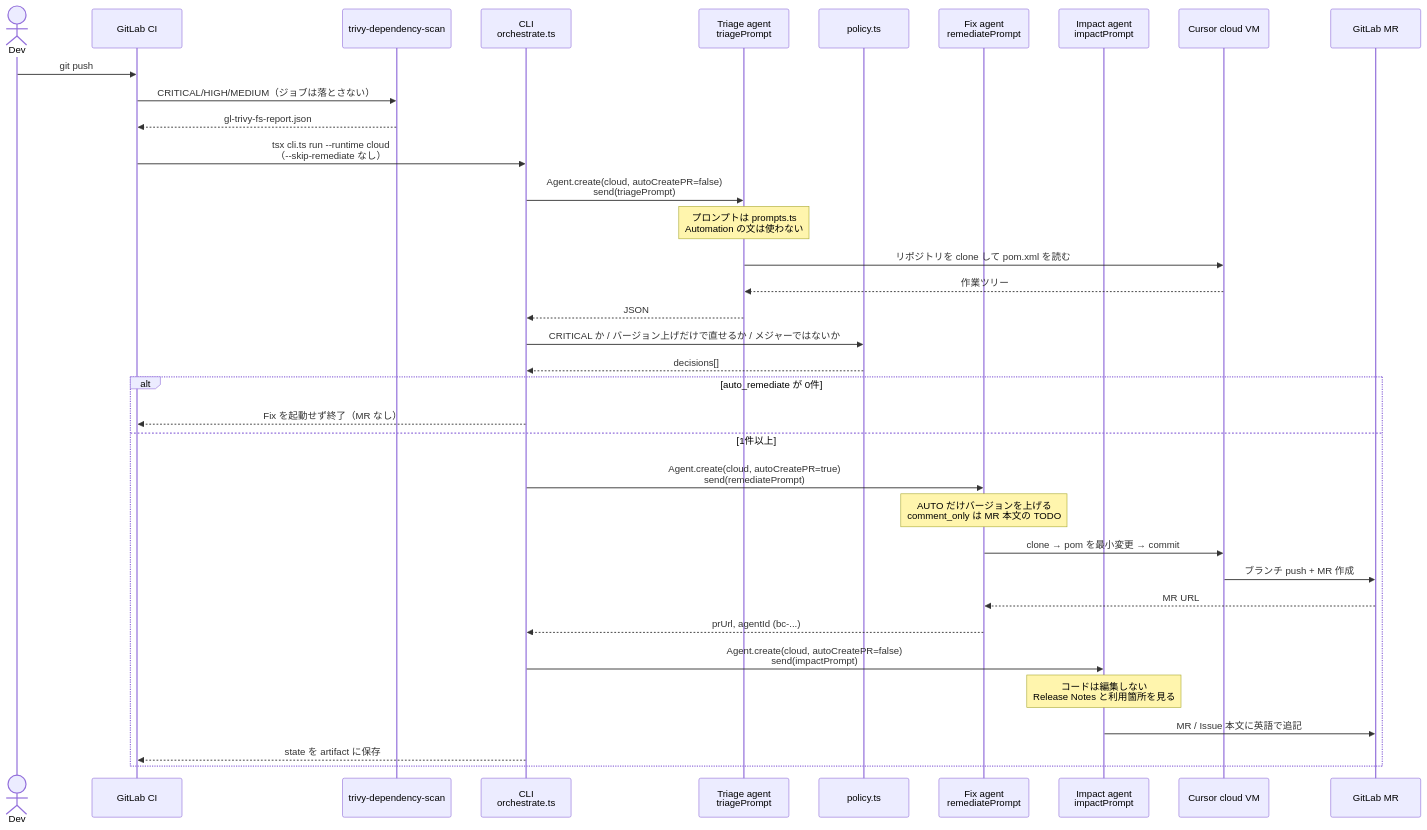
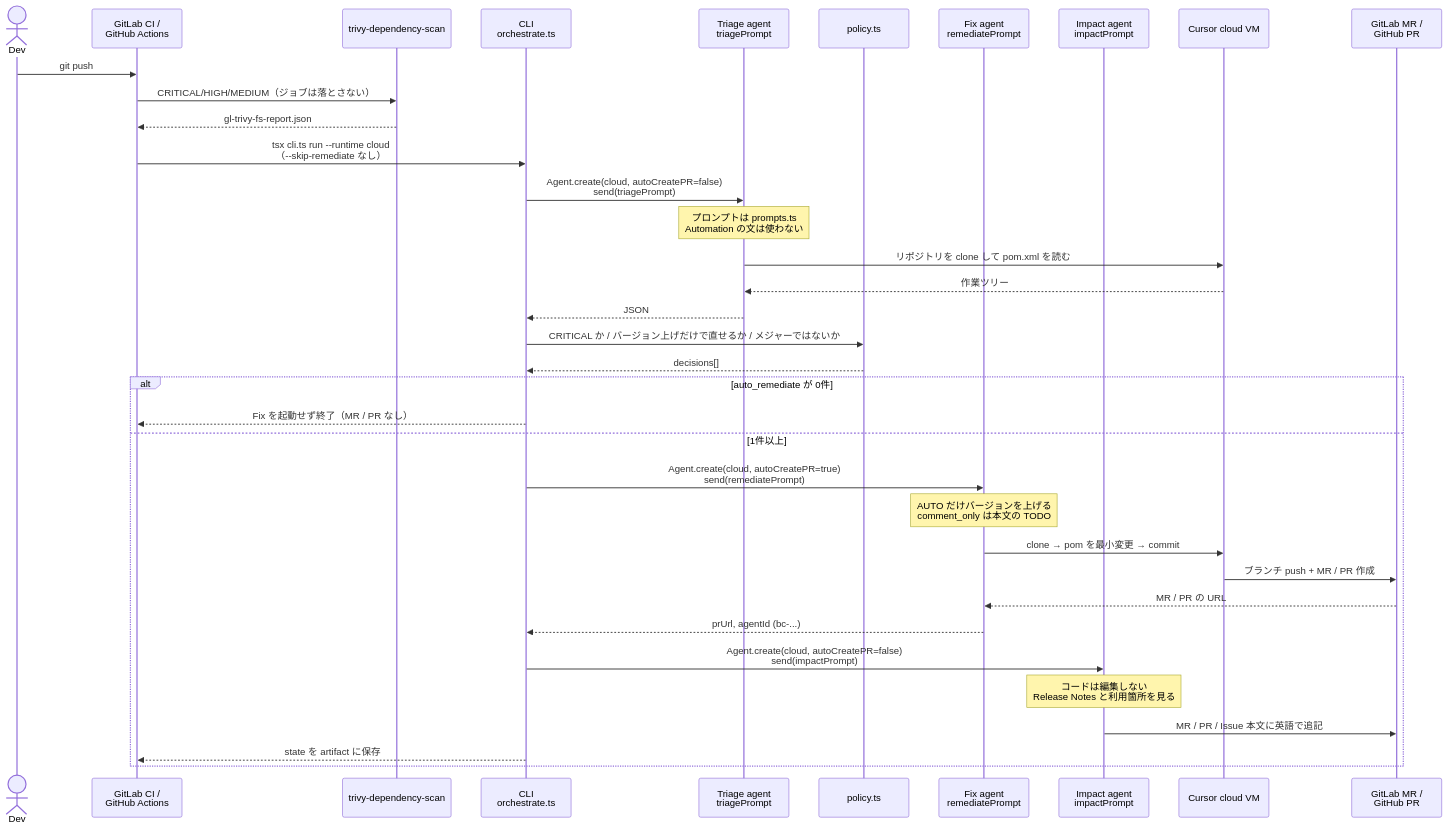
One commit to Acme-finance-demo/spring-petclinic-cursor changed the second of 5 diagrams in cursor-sdk/SEQUENCE.ja.md. Above: the diagram before and after it, drawn with Mermaid. The commit also changed other lines of this file and 13 other files, not shown here.

First line of the commit message:
Run the Trivy to Cursor SDK vuln flow on GitHub Actions too.

````diff
--- a/cursor-sdk/SEQUENCE.ja.md
+++ b/cursor-sdk/SEQUENCE.ja.md
@@ -73,43 +73,43 @@
 ```mermaid
 sequenceDiagram
     actor Dev
-    participant GL as GitLab CI
+    participant GL as GitLab CI /<br/>GitHub Actions
     participant Scan as trivy-dependency-scan
     participant CLI as CLI<br/>orchestrate.ts
     participant Triage as Triage agent<br/>triagePrompt
     participant Policy as policy.ts
     participant Fix as Fix agent<br/>remediatePrompt
     participant Impact as Impact agent<br/>impactPrompt
     participant Cursor as Cursor cloud VM
-    participant GitLab as GitLab MR
+    participant Forge as GitLab MR /<br/>GitHub PR
 
     Dev->>GL: git push
     GL->>Scan: CRITICAL/HIGH/MEDIUM（ジョブは落とさない）
     Scan-->>GL: gl-trivy-fs-report.json
 
     GL->>CLI: tsx cli.ts run --runtime cloud<br/>（--skip-remediate なし）
 
     CLI->>Triage: Agent.create(cloud, autoCreatePR=false)<br/>send(triagePrompt)
     Note over Triage: プロンプトは prompts.ts<br/>Automation の文は使わない
     Triage->>Cursor: リポジトリを clone して pom.xml を読む
     Cursor-->>Triage: 作業ツリー
     Triage-->>CLI: JSON
 
     CLI->>Policy: CRITICAL か / バージョン上げだけで直せるか / メジャーではないか
     Policy-->>CLI: decisions[]
 
     alt auto_remediate が 0件
-        CLI-->>GL: Fix を起動せず終了（MR なし）
+        CLI-->>GL: Fix を起動せず終了（MR / PR なし）
     else 1件以上
         CLI->>Fix: Agent.create(cloud, autoCreatePR=true)<br/>send(remediatePrompt)
-        Note over Fix: AUTO だけバージョンを上げる<br/>comment_only は MR 本文の TODO
+        Note over Fix: AUTO だけバージョンを上げる<br/>comment_only は本文の TODO
         Fix->>Cursor: clone → pom を最小変更 → commit
-        Cursor->>GitLab: ブランチ push + MR 作成
-        GitLab-->>Fix: MR URL
+        Cursor->>Forge: ブランチ push + MR / PR 作成
+        Forge-->>Fix: MR / PR の URL
         Fix-->>CLI: prUrl, agentId (bc-...)
         CLI->>Impact: Agent.create(cloud, autoCreatePR=false)<br/>send(impactPrompt)
         Note over Impact: コードは編集しない<br/>Release Notes と利用箇所を見る
-        Impact->>GitLab: MR / Issue 本文に英語で追記
+        Impact->>Forge: MR / PR / Issue 本文に英語で追記
         CLI-->>GL: state を artifact に保存
     end
 ```
````
